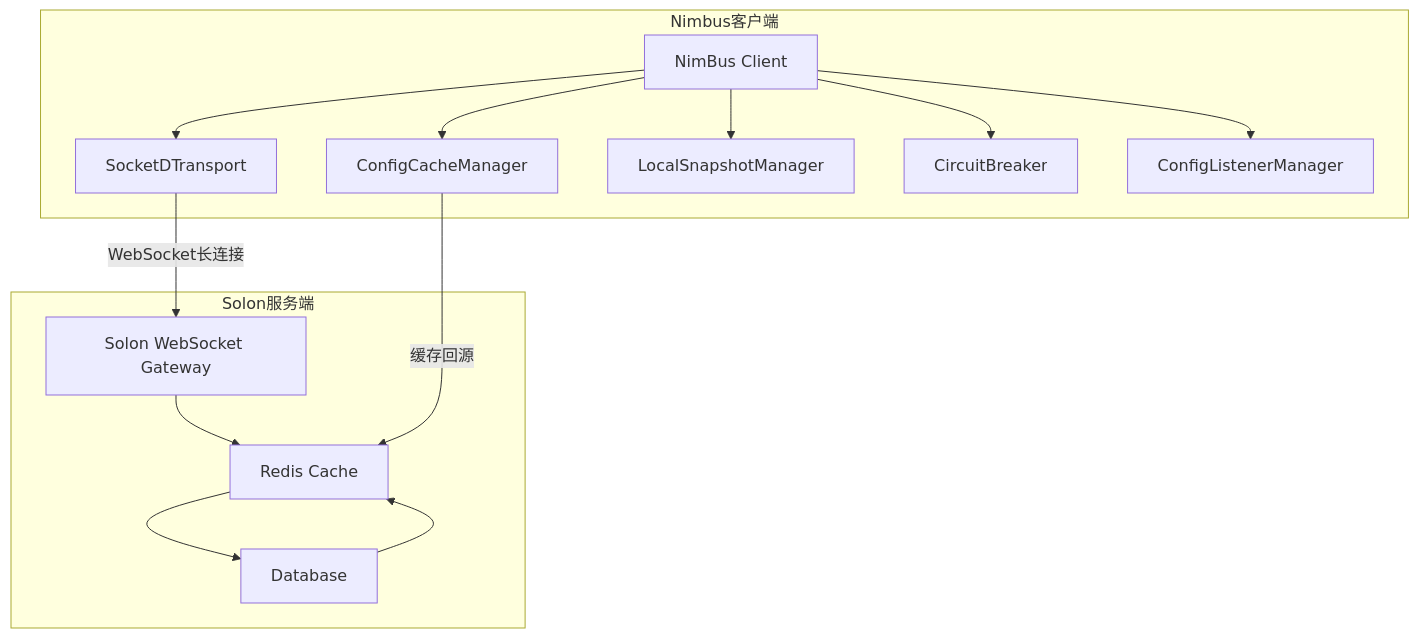
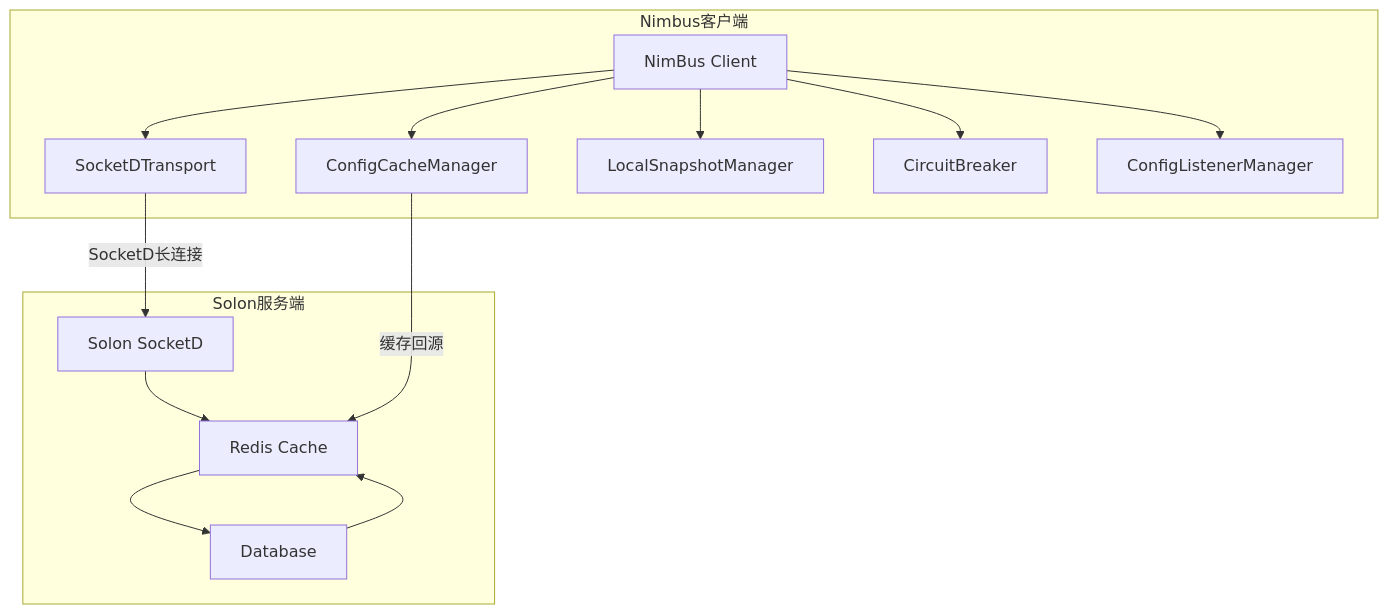
The first of 4 diagrams in README.md (wang-jianwu/xuantong), drawn with Mermaid before and after one commit. The commit also changed other lines of this file and 105 other files, not shown here.

````diff
--- a/README.md
+++ b/README.md
@@ -4,23 +4,23 @@
 ```mermaid
 flowchart TB
     subgraph ClientSide[Nimbus客户端]
         A[NimBus Client] --> B[ConfigCacheManager]
         A --> C[SocketDTransport]
         A --> D[LocalSnapshotManager]
         A --> E[CircuitBreaker]
         A --> F[ConfigListenerManager]
     end
 
     subgraph ServerSide[Solon服务端]
-        G[Solon WebSocket Gateway]
+        G[Solon SocketD]
         H[Redis Cache]
         I[Database]
 
         G --> H
         H --> I
         I --> H
     end
 
-    C -->|WebSocket长连接| G
+    C -->|SocketD长连接| G
     B -->|缓存回源| H
 ```
````
